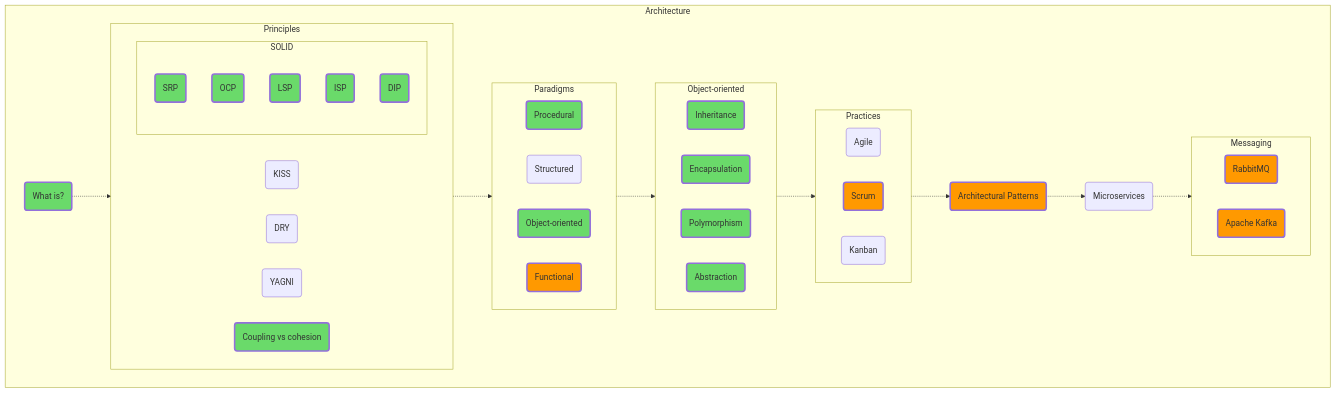
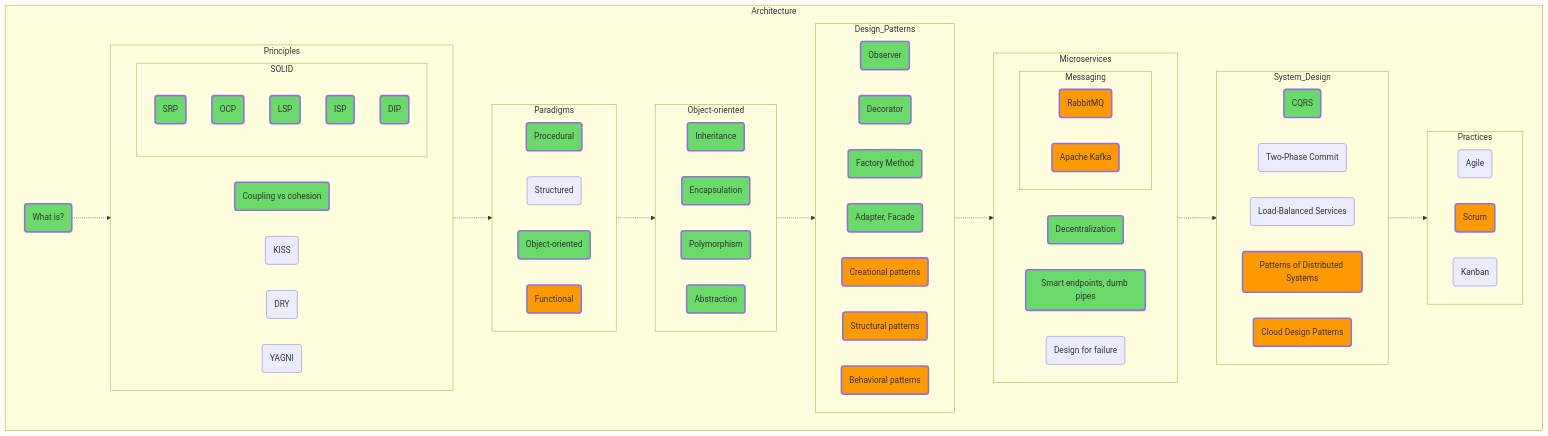
The diagram in 11_Architecture.md (amaargiru/pyroad), drawn with Mermaid before and after one commit. The commit also changed 4 other files, not shown here.

Commit message:
Update 'Architecture' section

````diff
--- a/11_Architecture.md
+++ b/11_Architecture.md
@@ -14,7 +14,7 @@
 
 subgraph Architecture
 direction LR
-WhatIsArch -.-> Principles -.-> Paradigms -.-> Object-oriented -.-> Practices -.-> Architectural_Patterns -.-> Microservices -.-> Messaging
+WhatIsArch -.-> Principles -.-> Paradigms -.-> Object-oriented -.-> Design_Patterns -.-> Microservices -.-> System_Design -.-> Practices
 
 WhatIsArch("What is?")
 subgraph Principles
@@ -28,10 +28,10 @@
 DIP(DIP)
 end
 
+coupling_vs_cohesion("Coupling vs cohesion")
 KISS(KISS)
 DRY(DRY)
 YAGNI(YAGNI)
-coupling_vs_cohesion("Coupling vs cohesion")
 
 end
 
@@ -51,22 +51,48 @@
 Abstraction(Abstraction)
 end
 
+subgraph Microservices
+direction LR
+
+Decentralization(Decentralization)
+Smart_endpoints_dumb_pipes("Smart endpoints, dumb pipes")
+Design_for_failure("Design for failure")
+
+subgraph Messaging
+direction LR
+RabbitMQ(RabbitMQ)
+Apache_Kafka("Apache Kafka")
+end
+end
+
+subgraph Design_Patterns
+direction LR
+
+Observer(Observer)
+Decorator_Method(Decorator)
+Factory_Method("Factory Method")
+Adapter_Facade("Adapter, Facade")
+
+Creational_patterns("Creational patterns")
+Structural_patterns("Structural patterns")
+Behavioral_patterns("Behavioral patterns")
+end
+
+subgraph System_Design
+direction LR
+CQRS(CQRS)
+Two_Phase_Commit("Two-Phase Commit")
+Load_Balanced_Services("Load-Balanced Services")
+Pattern_of_Distributed_Systems("Patterns of Distributed Systems")
+Cloud_Design_Patterns("Cloud Design Patterns")
+end
+
 subgraph Practices
 direction LR
 Agile(Agile)
 Scrum(Scrum)
 Kanban(Kanban)
 end
-
-Microservices(Microservices)
-
-subgraph Messaging
-direction LR
-RabbitMQ(RabbitMQ)
-Apache_Kafka("Apache Kafka")
-end
-
-Architectural_Patterns("Architectural Patterns")
 
 end
 
@@ -135,6 +161,8 @@
 class exception_raising trainee;
 class create_task trainee;
 class gather trainee;
+class sleep trainee;
+class run trainee;
 class wait_for trainee;
 class asQueue trainee;
 class Lock trainee;
@@ -142,10 +170,9 @@
 class variables trainee;
 class Thread trainee;
 class Pool trainee;
-class Logging trainee;
 class Stopwatch trainee;
 class timeit trainee;
-class Random trainee;
+class random_mod trainee;
 class input trainee;
 class Command_Line_Arguments trainee;
 class simple_print trainee;
@@ -177,7 +204,13 @@
 class INSERT trainee;
 class UPDATE trainee;
 class DELETE trainee;
-class SQLite trainee;
+class PRIMARY_KEY trainee;
+class FOREIGN_KEY trainee;
+class FROM trainee;
+class WHERE trainee;
+class SET trainee;
+class SQLite_benefits trainee;
+class Syntax_Diagrams trainee;
 class Flask trainee;
 class Consistency trainee;
 class HTTPS trainee;
@@ -199,6 +232,14 @@
 class Abstraction trainee;
 class trunk_based_development trainee;
 class aiohttp trainee;
+class StreamHandler trainee;
+class Observer trainee;
+class Decorator_Method trainee;
+class Factory_Method trainee;
+class Adapter_Facade trainee;
+class CQRS trainee;
+class Decentralization trainee;
+class Smart_endpoints_dumb_pipes trainee;
 
 class NoSQL middle;
 class Functional middle;
@@ -211,14 +252,21 @@
 class methmore middle;
 class PostgreSQL_more middle;
 class SQLAlchemy middle;
+class Django_ORM middle;
 class Django middle;
 class FastAPI middle;
-class ORM boldmiddleed;
+class SQL_standard middle;
+class Analyze_an_execution_plan middle;
 class TensorFlow middle;
 class Keras middle;
 class cryptomore middle;
 class Jenkins middle;
 class Kubernetes middle;
+class Creational_patterns middle;
+class Structural_patterns middle;
+class Behavioral_patterns middle;
 class Architectural_Patterns middle;
-
+class ELK_Stack middle;
+class Pattern_of_Distributed_Systems middle;
+class Cloud_Design_Patterns middle;
 ```
````
